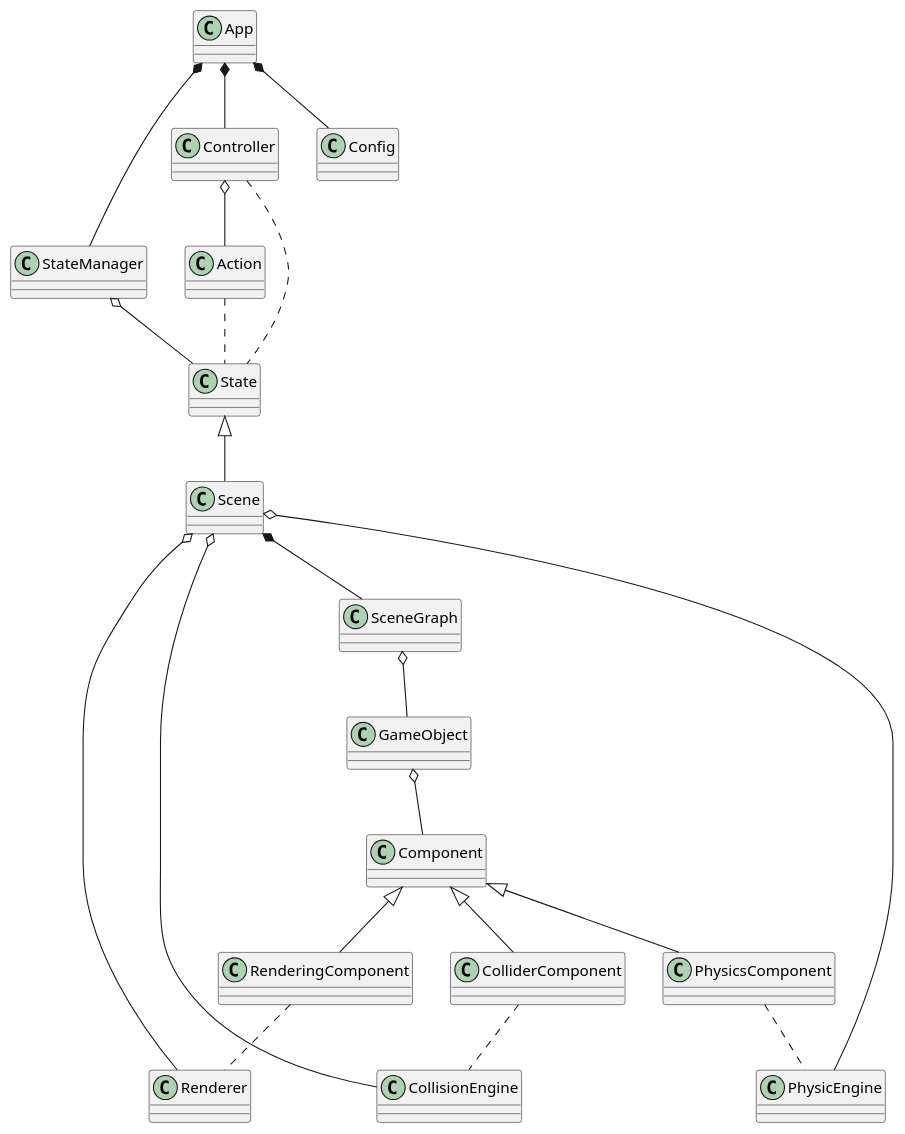
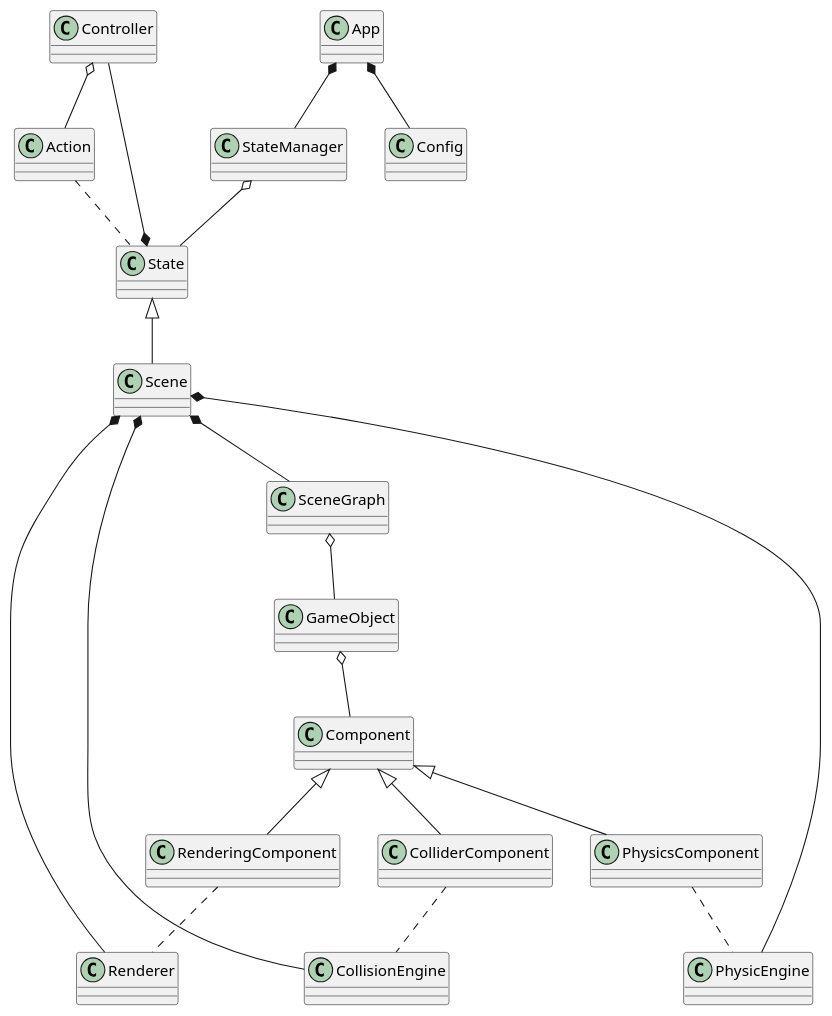
The diagram in docs/diagrams/architecture.pu (Pixotters/FROG), drawn with PlantUML before and after one commit. The commit also changed 70 other files, not shown here.

```diff
--- a/docs/diagrams/architecture.pu
+++ b/docs/diagrams/architecture.pu
@@ -1,28 +1,27 @@
 @startuml
 
 App *-- StateManager
 StateManager o-- State
 State <|-- Scene
 Scene *-- SceneGraph
 SceneGraph o-- GameObject
 GameObject o-- Component
 
-Scene o-- Renderer
-Scene o-- PhysicEngine
-Scene o-- CollisionEngine
+Scene *-- Renderer
+Scene *-- PhysicEngine
+Scene *-- CollisionEngine
 
 App *-- Config
-App *-- Controller
 Action .. State
-Controller .. State
+Controller --* State
 Controller o-- Action
 
 Component <|-- RenderingComponent
 RenderingComponent .. Renderer
 Component <|-- PhysicsComponent
 PhysicsComponent .. PhysicEngine
 Component <|-- ColliderComponent
 ColliderComponent .. CollisionEngine
 
 
 @enduml
```
